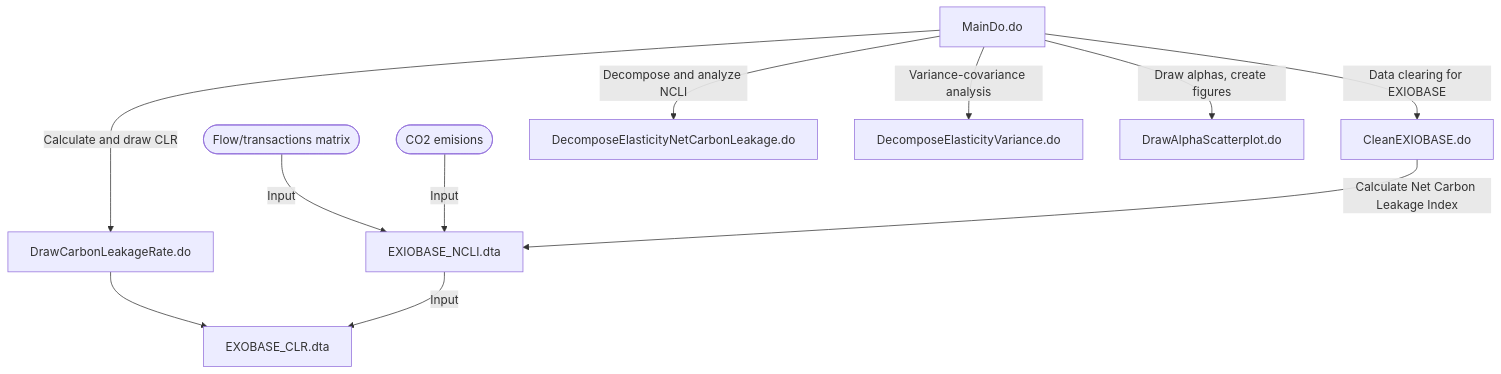
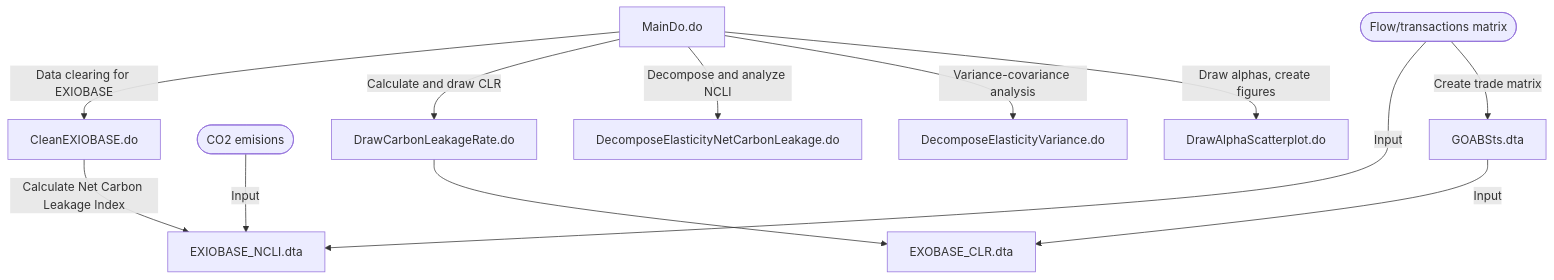
The diagram in README.md (AkariOno/Trade_Carbon), drawn with Mermaid before and after one commit.

````diff
--- a/README.md
+++ b/README.md
@@ -17,13 +17,14 @@
 ```mermaid
 graph TD;
     A[MainDo.do] --> |Data clearing for EXIOBASE|B[CleanEXIOBASE.do]
     C([Flow/transactions matrix]) --> |Input|D[EXIOBASE_NCLI.dta]
     E([CO2 emisions]) --> |Input|D
     B --> |Calculate Net Carbon Leakage Index|D
     A --> |Calculate and draw CLR|F[DrawCarbonLeakageRate.do]
     A --> |Decompose and analyze NCLI|G[DecomposeElasticityNetCarbonLeakage.do]
     A --> |Variance-covariance analysis|H[DecomposeElasticityVariance.do]
     A --> |Draw alphas, create figures|I[DrawAlphaScatterplot.do]
     F --> J[EXOBASE_CLR.dta]
-    D --> |Input|J
+    C --> |Create trade matrix|K[GOABSts.dta]
+    K --> |Input|J
 ```
````
